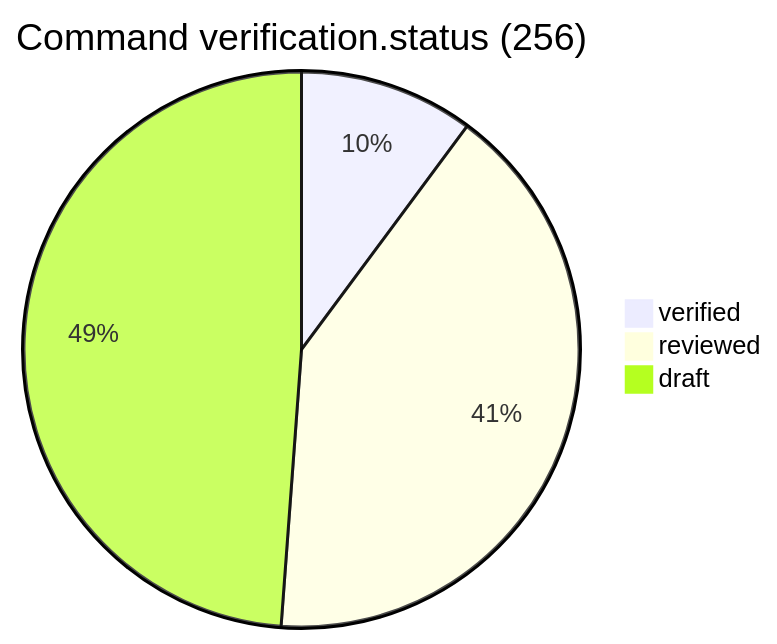
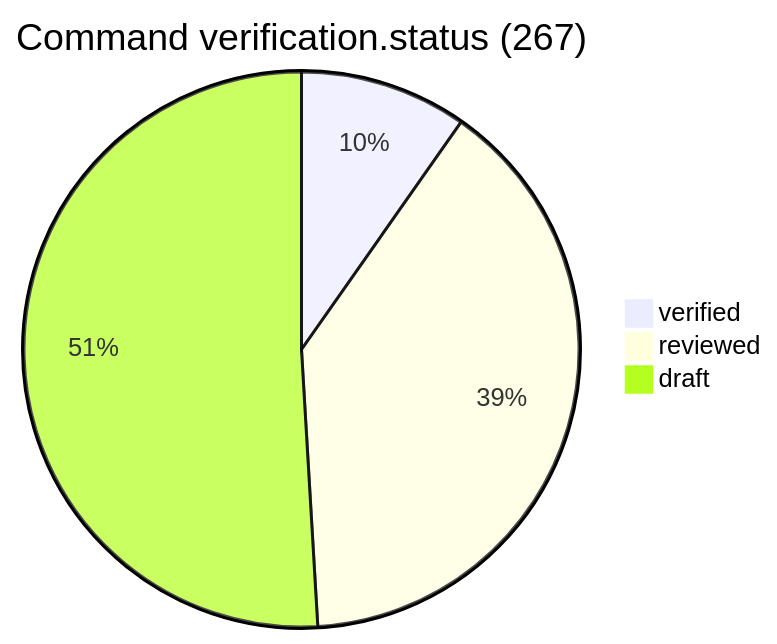
The first of 8 diagrams in README.md (Teknoloji-Filozoflari/Nova-Commands), drawn with Mermaid before and after one commit. The commit also changed other lines of this file and 51 other files, not shown here.

````diff
--- a/README.md
+++ b/README.md
@@ -50,6 +50,6 @@
 ```mermaid
-pie title Command verification.status (256)
+pie title Command verification.status (267)
   "verified" : 26
   "reviewed" : 105
-  "draft" : 125
+  "draft" : 136
 ```
````
